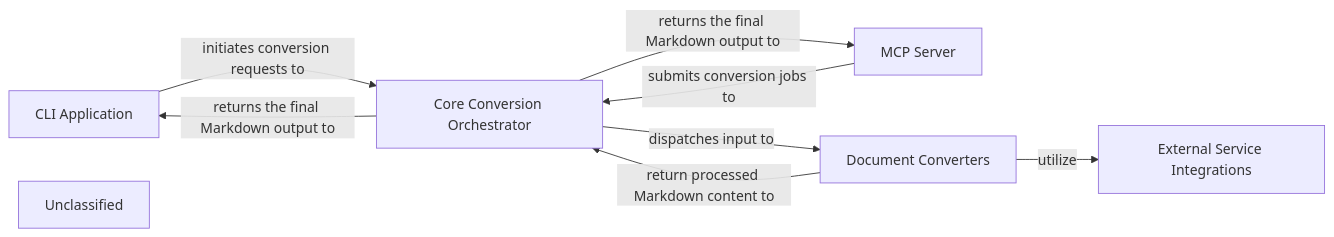
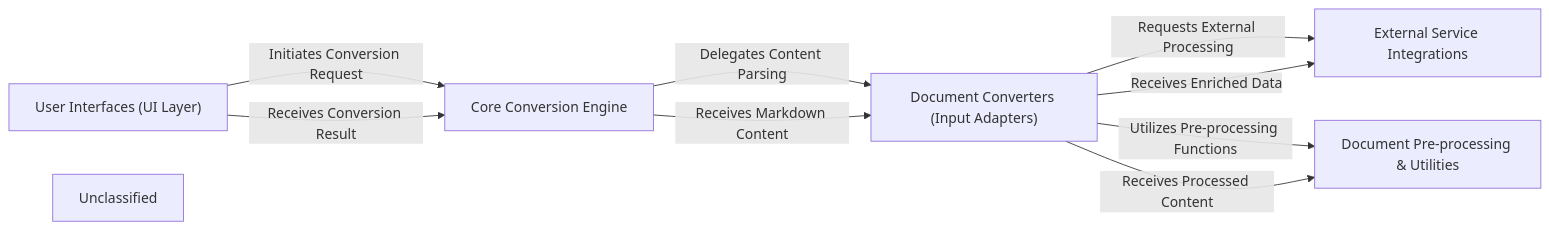
One commit to CodeBoarding/GeneratedOnBoardings changed the diagram in markitdown/on_boarding.md. Above: the diagram before and after it, drawn with Mermaid. The commit also changed other lines of this file, not shown here.

````diff
--- a/markitdown/on_boarding.md
+++ b/markitdown/on_boarding.md
@@ -1,16 +1,17 @@
 ```mermaid
 graph LR
-    CLI_Application["CLI Application"]
-    MCP_Server["MCP Server"]
-    Core_Conversion_Orchestrator["Core Conversion Orchestrator"]
-    Document_Converters["Document Converters"]
+    User_Interfaces_UI_Layer_["User Interfaces (UI Layer)"]
+    Core_Conversion_Engine["Core Conversion Engine"]
+    Document_Converters_Input_Adapters_["Document Converters (Input Adapters)"]
     External_Service_Integrations["External Service Integrations"]
+    Document_Pre_processing_Utilities["Document Pre-processing & Utilities"]
     Unclassified["Unclassified"]
-    CLI_Application -- "initiates conversion requests to" --> Core_Conversion_Orchestrator
-    MCP_Server -- "submits conversion jobs to" --> Core_Conversion_Orchestrator
-    Core_Conversion_Orchestrator -- "dispatches input to" --> Document_Converters
-    Document_Converters -- "utilize" --> External_Service_Integrations
-    Document_Converters -- "return processed Markdown content to" --> Core_Conversion_Orchestrator
-    Core_Conversion_Orchestrator -- "returns the final Markdown output to" --> CLI_Application
-    Core_Conversion_Orchestrator -- "returns the final Markdown output to" --> MCP_Server
+    User_Interfaces_UI_Layer_ -- "Initiates Conversion Request" --> Core_Conversion_Engine
+    User_Interfaces_UI_Layer_ -- "Receives Conversion Result" --> Core_Conversion_Engine
+    Core_Conversion_Engine -- "Delegates Content Parsing" --> Document_Converters_Input_Adapters_
+    Core_Conversion_Engine -- "Receives Markdown Content" --> Document_Converters_Input_Adapters_
+    Document_Converters_Input_Adapters_ -- "Requests External Processing" --> External_Service_Integrations
+    Document_Converters_Input_Adapters_ -- "Receives Enriched Data" --> External_Service_Integrations
+    Document_Converters_Input_Adapters_ -- "Utilizes Pre-processing Functions" --> Document_Pre_processing_Utilities
+    Document_Converters_Input_Adapters_ -- "Receives Processed Content" --> Document_Pre_processing_Utilities
 ```
````
